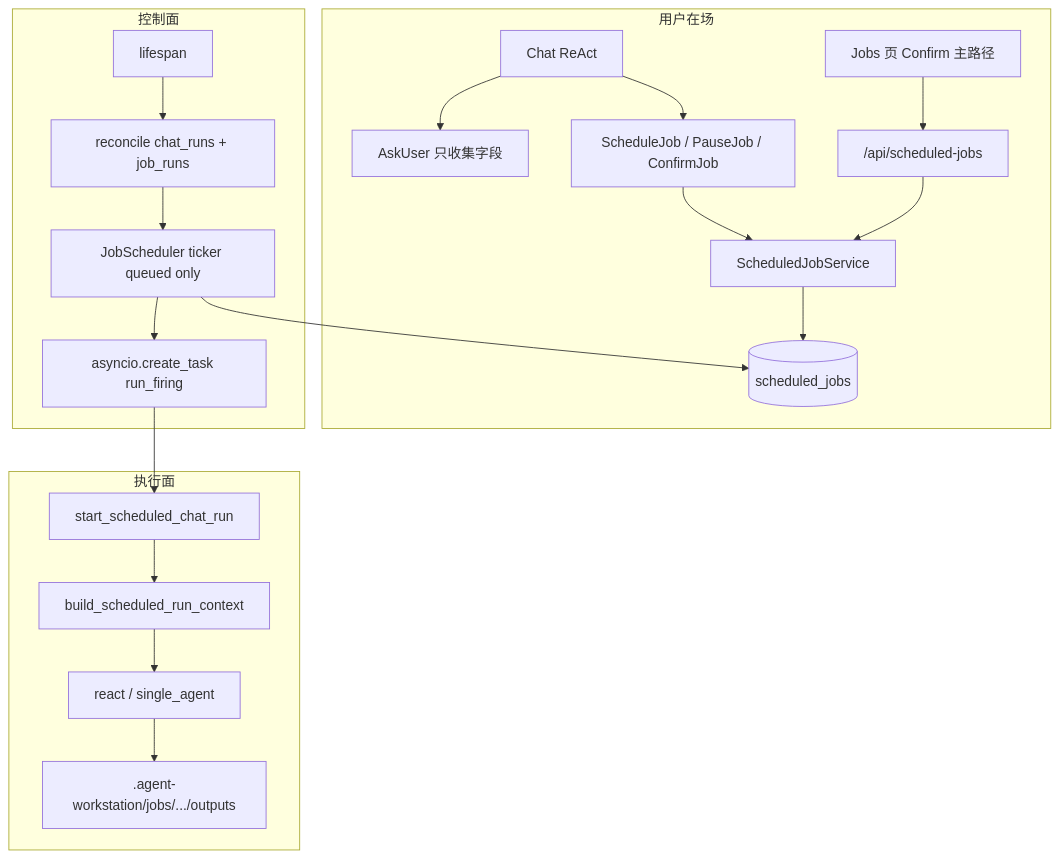
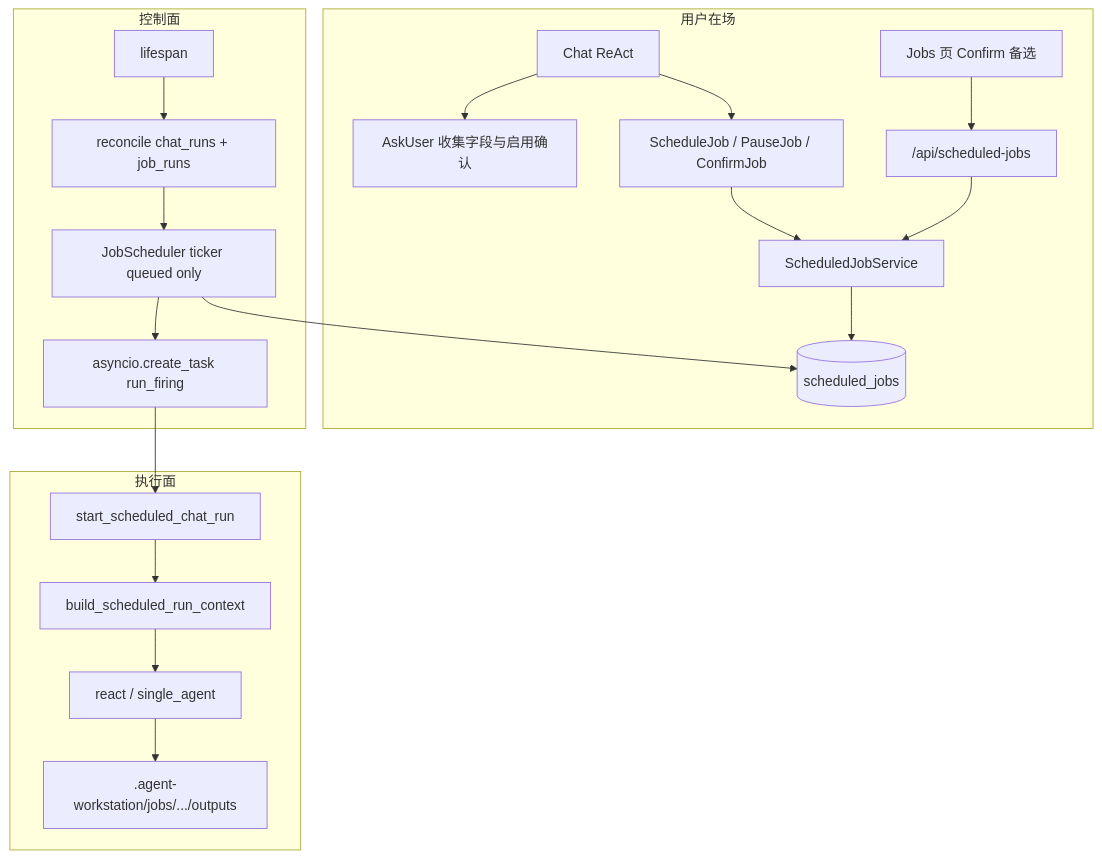
Before and after one commit to aishuang4/yinli: the diagram in docs/scheduled-jobs-design.md, drawn with Mermaid. The commit also changed other lines of this file and 6 other files, not shown here.

````diff
--- a/docs/scheduled-jobs-design.md
+++ b/docs/scheduled-jobs-design.md
@@ -193,32 +193,32 @@
 ```mermaid
 flowchart TB
   subgraph interactive [用户在场]
     Chat[Chat ReAct]
-    AskUser[AskUser 只收集字段]
+    AskUser[AskUser 收集字段与启用确认]
     Tools[ScheduleJob / PauseJob / ConfirmJob]
-    JobsPage[Jobs 页 Confirm 主路径]
+    JobsPage[Jobs 页 Confirm 备选]
     Chat --> AskUser
     Chat --> Tools
     Tools --> JobSvc[ScheduledJobService]
     JobsPage --> JobAPI["/api/scheduled-jobs"]
     JobAPI --> JobSvc
     JobSvc --> SQLite[(scheduled_jobs)]
   end
 
   subgraph control [控制面]
     Life[lifespan]
     Rec[reconcile chat_runs + job_runs]
     Sched[JobScheduler ticker queued only]
     Life --> Rec --> Sched
     Sched --> SQLite
     Sched --> FireTask[asyncio.create_task run_firing]
   end
 
   subgraph execute [执行面]
     Bridge["start_scheduled_chat_run"]
     Ctx["build_scheduled_run_context"]
     ReAct[react / single_agent]
     Files[".agent-workstation/jobs/.../outputs"]
     FireTask --> Bridge --> Ctx --> ReAct --> Files
   end
 ```
````
